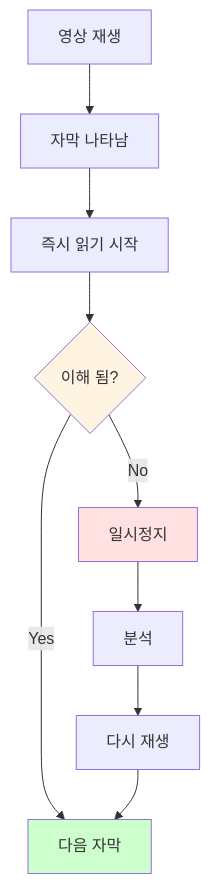
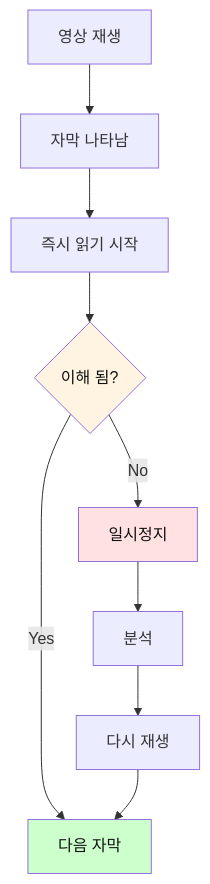
Before and after one commit to Collegenie-X/AI-English: the sixth of 7 diagrams in 영어_독해/02_자막_독해_패턴.md, drawn with Mermaid. The commit also changed other lines of this file and 26 other files, not shown here.

````diff
--- a/영어_독해/02_자막_독해_패턴.md
+++ b/영어_독해/02_자막_독해_패턴.md
@@ -283,15 +411,15 @@
 ```mermaid
 flowchart TD
     A[영상 재생] --> B[자막 나타남]
     B --> C[즉시 읽기 시작]
     C --> D{이해 됨?}
     D -->|Yes| E[다음 자막]
     D -->|No| F[일시정지]
     F --> G[분석]
     G --> H[다시 재생]
     H --> E
     
-    style D fill:#fff4e1
-    style E fill:#ccffcc
-    style F fill:#ffe1e1
+    style D fill:#fff4e1,color:#111
+    style E fill:#ccffcc,color:#111
+    style F fill:#ffe1e1,color:#111
 ```
````
